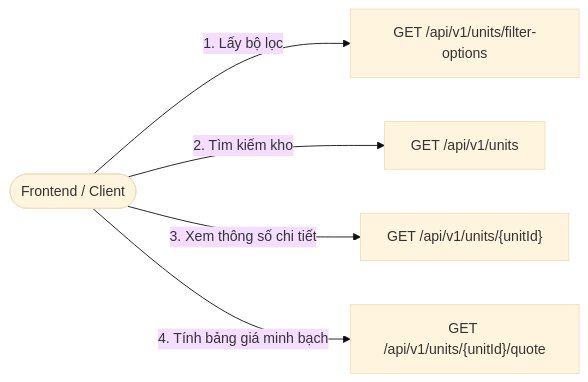
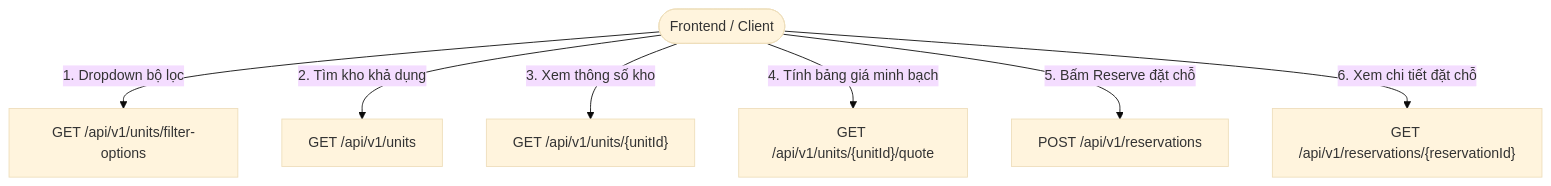
The first of 2 diagrams in docs/backend/BACKEND-BROWSE-UNITS-GUIDE_phuc.md (bechovang/StorageHub), drawn with Mermaid (base theme) before and after one commit. The commit also changed other lines of this file and 14 other files, not shown here.

````diff
--- a/docs/backend/BACKEND-BROWSE-UNITS-GUIDE_phuc.md
+++ b/docs/backend/BACKEND-BROWSE-UNITS-GUIDE_phuc.md
@@ -57,7 +55,9 @@
 ```mermaid
-flowchart LR
-    Client([Frontend / Client]) -->|1. Lấy bộ lọc| GET_FILTER["GET /api/v1/units/filter-options"]
-    Client -->|2. Tìm kiếm kho| GET_UNITS["GET /api/v1/units"]
-    Client -->|3. Xem thông số chi tiết| GET_DETAIL["GET /api/v1/units/{unitId}"]
+flowchart TD
+    Client([Frontend / Client]) -->|1. Dropdown bộ lọc| GET_FILTER["GET /api/v1/units/filter-options"]
+    Client -->|2. Tìm kho khả dụng| GET_UNITS["GET /api/v1/units"]
+    Client -->|3. Xem thông số kho| GET_DETAIL["GET /api/v1/units/{unitId}"]
     Client -->|4. Tính bảng giá minh bạch| GET_QUOTE["GET /api/v1/units/{unitId}/quote"]
+    Client -->|5. Bấm Reserve đặt chỗ| POST_RES["POST /api/v1/reservations"]
+    Client -->|6. Xem chi tiết đặt chỗ| GET_RES["GET /api/v1/reservations/{reservationId}"]
 ```
````
